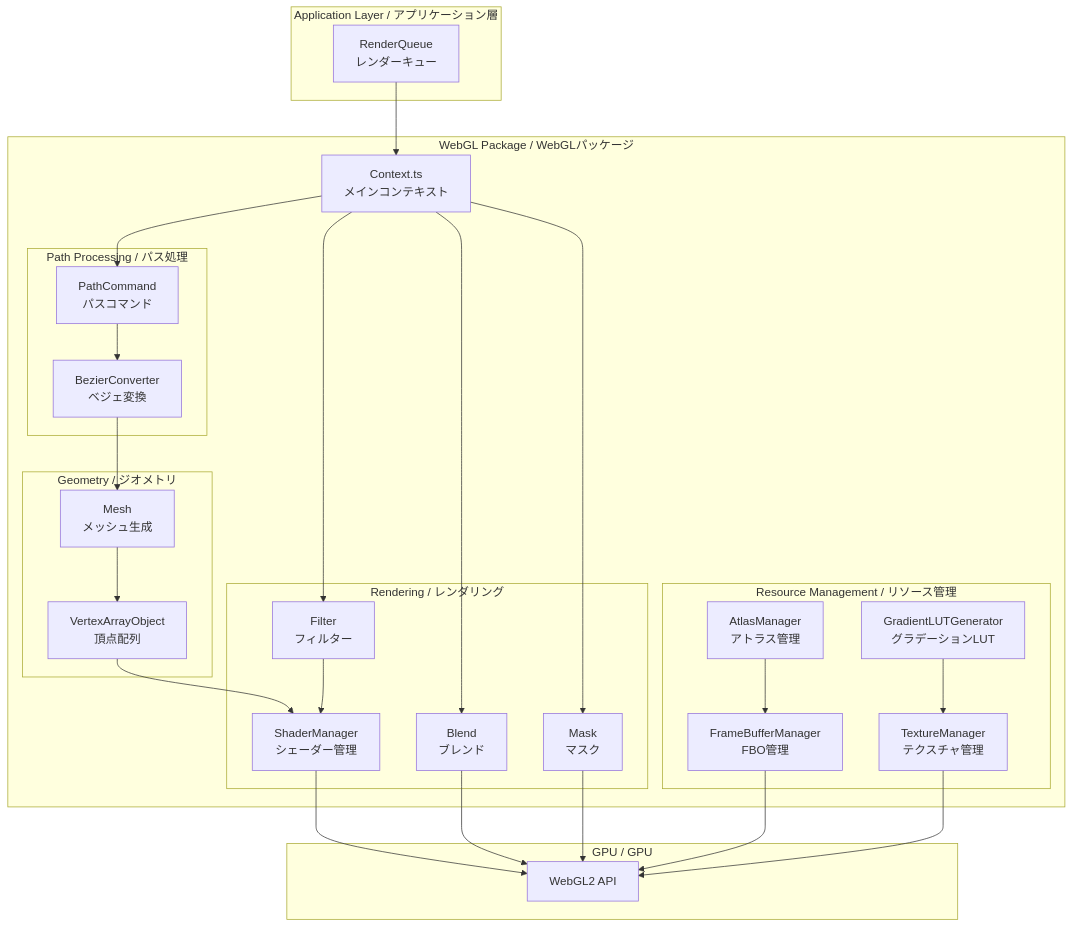
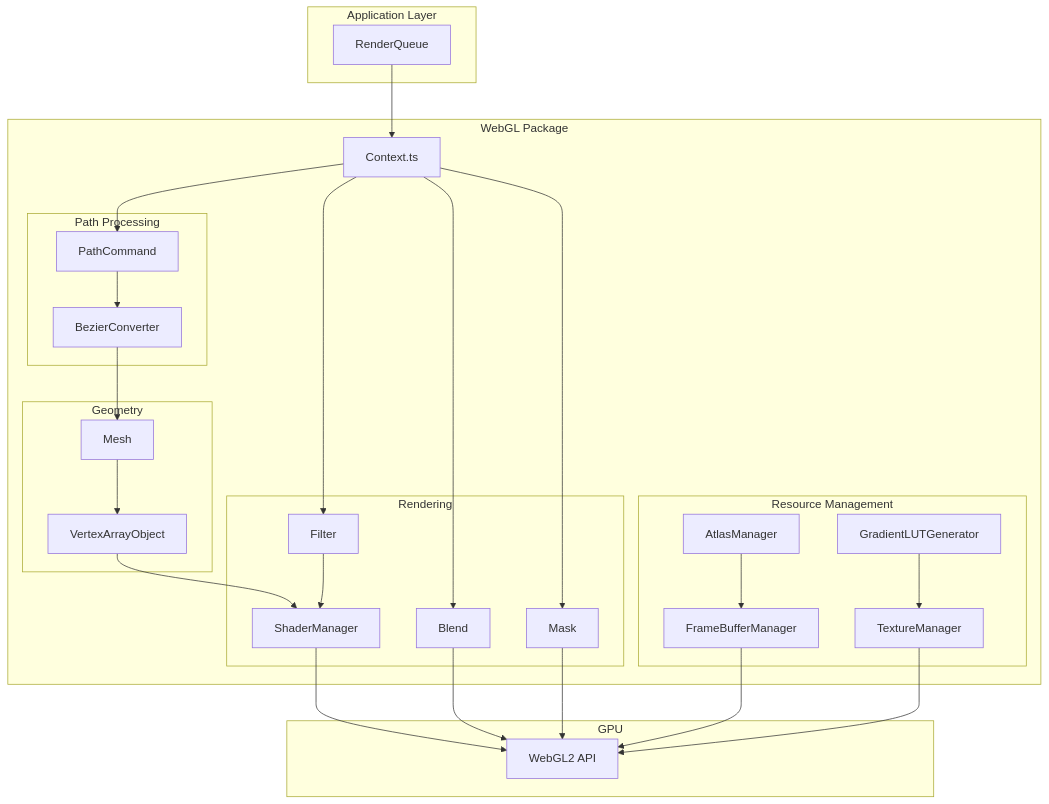
One commit to Next2D/player changed the first of 37 diagrams in packages/webgl/RENDERING_FLOW.md. Above: the diagram before and after it, drawn with Mermaid. The commit also changed other lines of this file, not shown here.

````diff
--- a/packages/webgl/RENDERING_FLOW.md
+++ b/packages/webgl/RENDERING_FLOW.md
@@ -36,59 +36,59 @@
 ```mermaid
 graph TB
-    subgraph "Application Layer / アプリケーション層"
-        RQ[RenderQueue<br/>レンダーキュー]
+    subgraph "Application Layer"
+        RQ[RenderQueue]
     end
 
-    subgraph "WebGL Package / WebGLパッケージ"
-        CTX[Context.ts<br/>メインコンテキスト]
+    subgraph "WebGL Package"
+        CTX[Context.ts]
 
-        subgraph "Path Processing / パス処理"
-            PC[PathCommand<br/>パスコマンド]
-            BC[BezierConverter<br/>ベジェ変換]
+        subgraph "Path Processing"
+            PC[PathCommand]
+            BC[BezierConverter]
         end
 
-        subgraph "Geometry / ジオメトリ"
-            MESH[Mesh<br/>メッシュ生成]
-            VAO[VertexArrayObject<br/>頂点配列]
+        subgraph "Geometry"
+            MESH[Mesh]
+            VAO[VertexArrayObject]
         end
 
-        subgraph "Rendering / レンダリング"
-            SHADER[ShaderManager<br/>シェーダー管理]
-            BLEND[Blend<br/>ブレンド]
-            MASK[Mask<br/>マスク]
-            FILTER[Filter<br/>フィルター]
+        subgraph "Rendering"
+            SHADER[ShaderManager]
+            BLEND[Blend]
+            MASK[Mask]
+            FILTER[Filter]
         end
 
-        subgraph "Resource Management / リソース管理"
-            FBM[FrameBufferManager<br/>FBO管理]
-            ATLAS[AtlasManager<br/>アトラス管理]
-            TEX[TextureManager<br/>テクスチャ管理]
-            GRAD[GradientLUTGenerator<br/>グラデーションLUT]
+        subgraph "Resource Management"
+            FBM[FrameBufferManager]
+            ATLAS[AtlasManager]
+            TEX[TextureManager]
+            GRAD[GradientLUTGenerator]
         end
     end
 
-    subgraph "GPU / GPU"
+    subgraph "GPU"
         GL[WebGL2 API]
     end
 
     RQ --> CTX
     CTX --> PC
     PC --> BC
     BC --> MESH
     MESH --> VAO
     VAO --> SHADER
     SHADER --> GL
 
     CTX --> BLEND
     CTX --> MASK
     CTX --> FILTER
 
     BLEND --> GL
     MASK --> GL
     FILTER --> SHADER
 
     FBM --> GL
     ATLAS --> FBM
     TEX --> GL
     GRAD --> TEX
 ```
````
